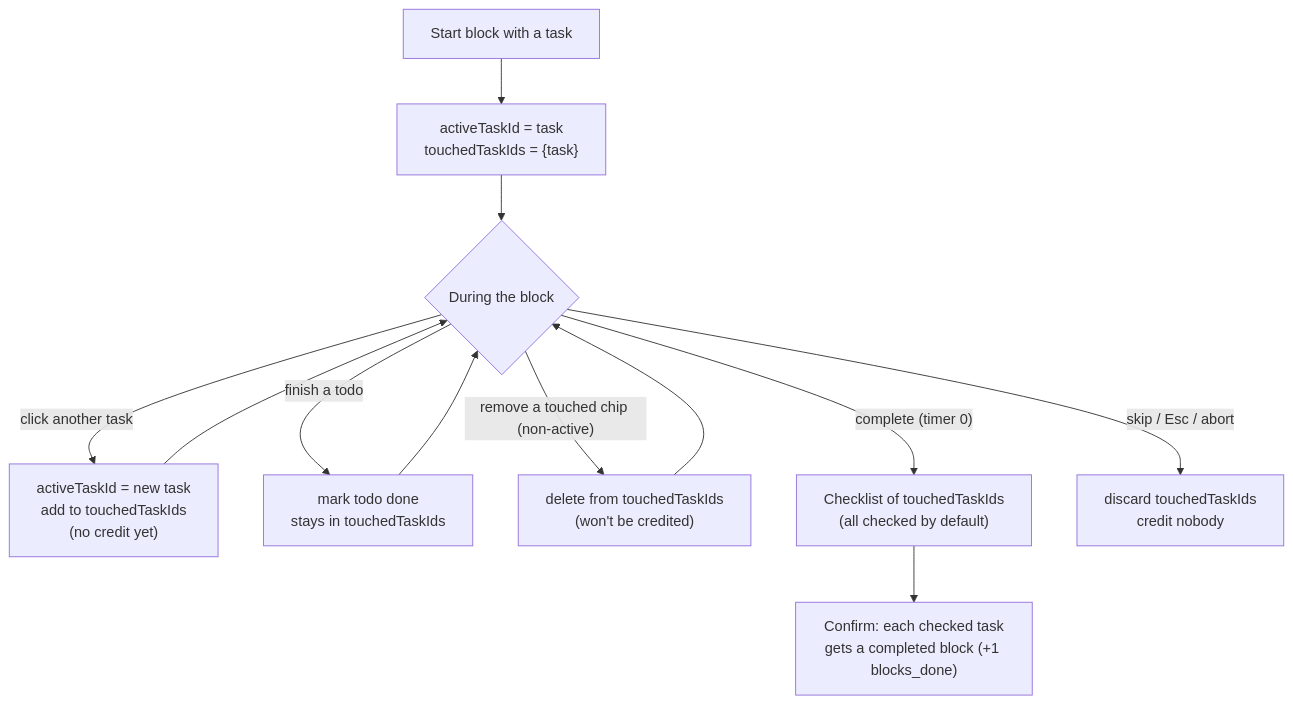
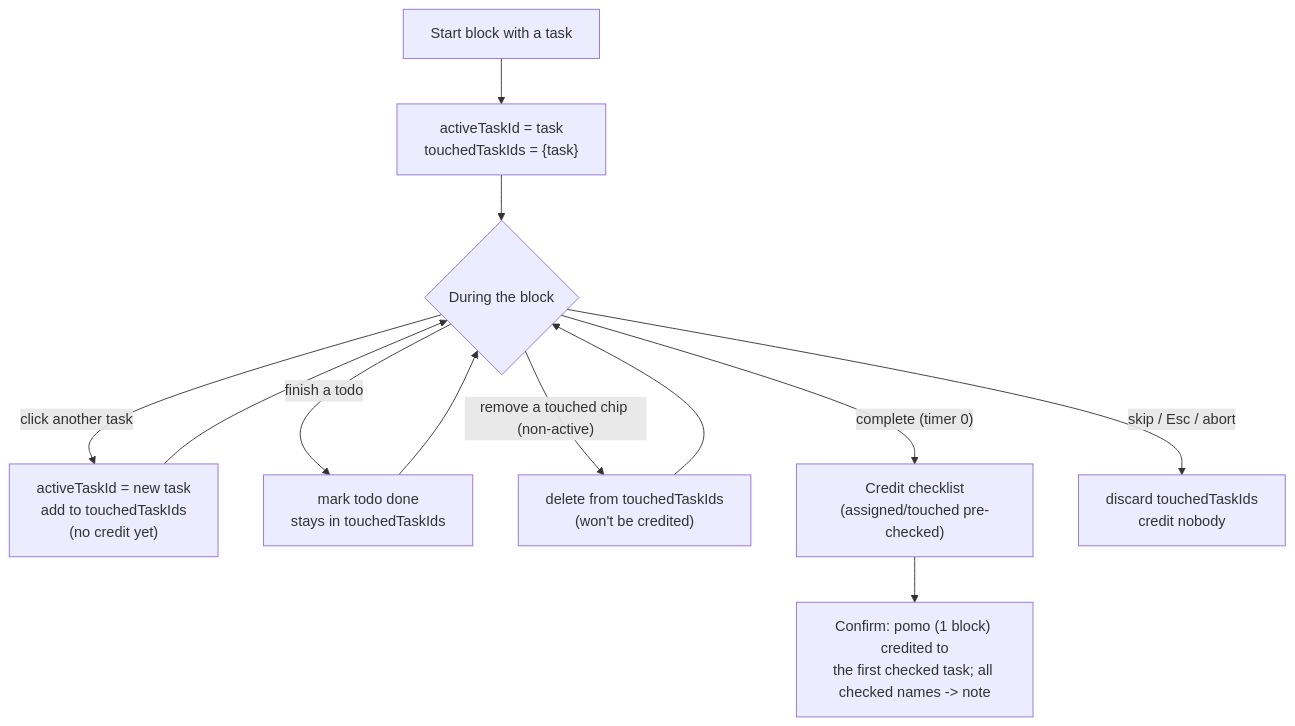
Before and after one commit to tedzhao226/pomotodo: the second of 2 diagrams in docs/timer-states.md, drawn with Mermaid. The commit also changed other lines of this file and 12 other files, not shown here.

First line of the commit message:
feat(timer): finish-time credit scenarios + break keeps active task

````diff
--- a/docs/timer-states.md
+++ b/docs/timer-states.md
@@ -88,17 +93,17 @@
 ```mermaid
 flowchart TD
     Start["Start block with a task"] --> Touch["activeTaskId = task<br/>touchedTaskIds = {task}"]
     Touch --> During{"During the block"}
 
     During -- "click another task" --> Switch["activeTaskId = new task<br/>add to touchedTaskIds<br/>(no credit yet)"]
     Switch --> During
     During -- "finish a todo" --> Finish["mark todo done<br/>stays in touchedTaskIds"]
     Finish --> During
     During -- "remove a touched chip (non-active)" --> Drop["delete from touchedTaskIds<br/>(won't be credited)"]
     Drop --> During
 
-    During -- "complete (timer 0)" --> Prompt["Checklist of touchedTaskIds<br/>(all checked by default)"]
-    Prompt --> Confirm["Confirm: each checked task<br/>gets a completed block (+1 blocks_done)"]
+    During -- "complete (timer 0)" --> Prompt["Credit checklist<br/>(assigned/touched pre-checked)"]
+    Prompt --> Confirm["Confirm: pomo (1 block) credited to<br/>the first checked task; all checked names -> note"]
 
     During -- "skip / Esc / abort" --> Abort["discard touchedTaskIds<br/>credit nobody"]
 ```
````
